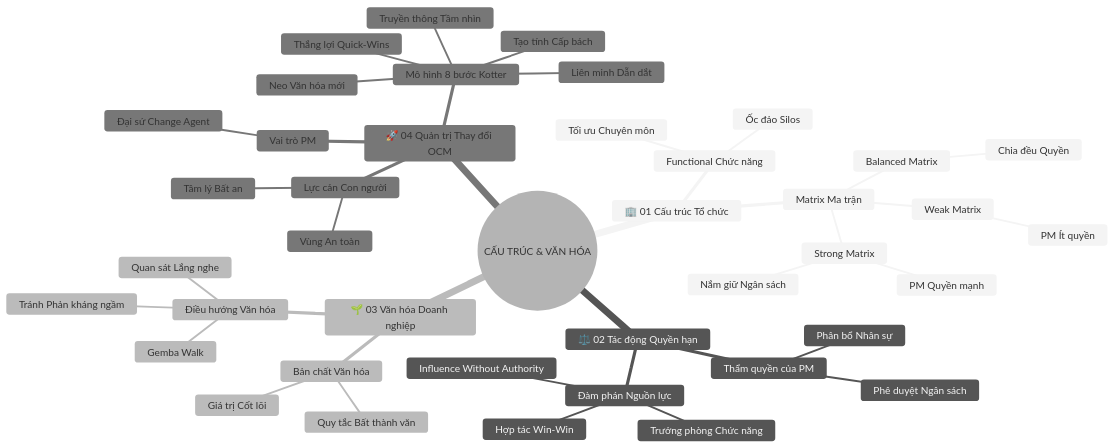
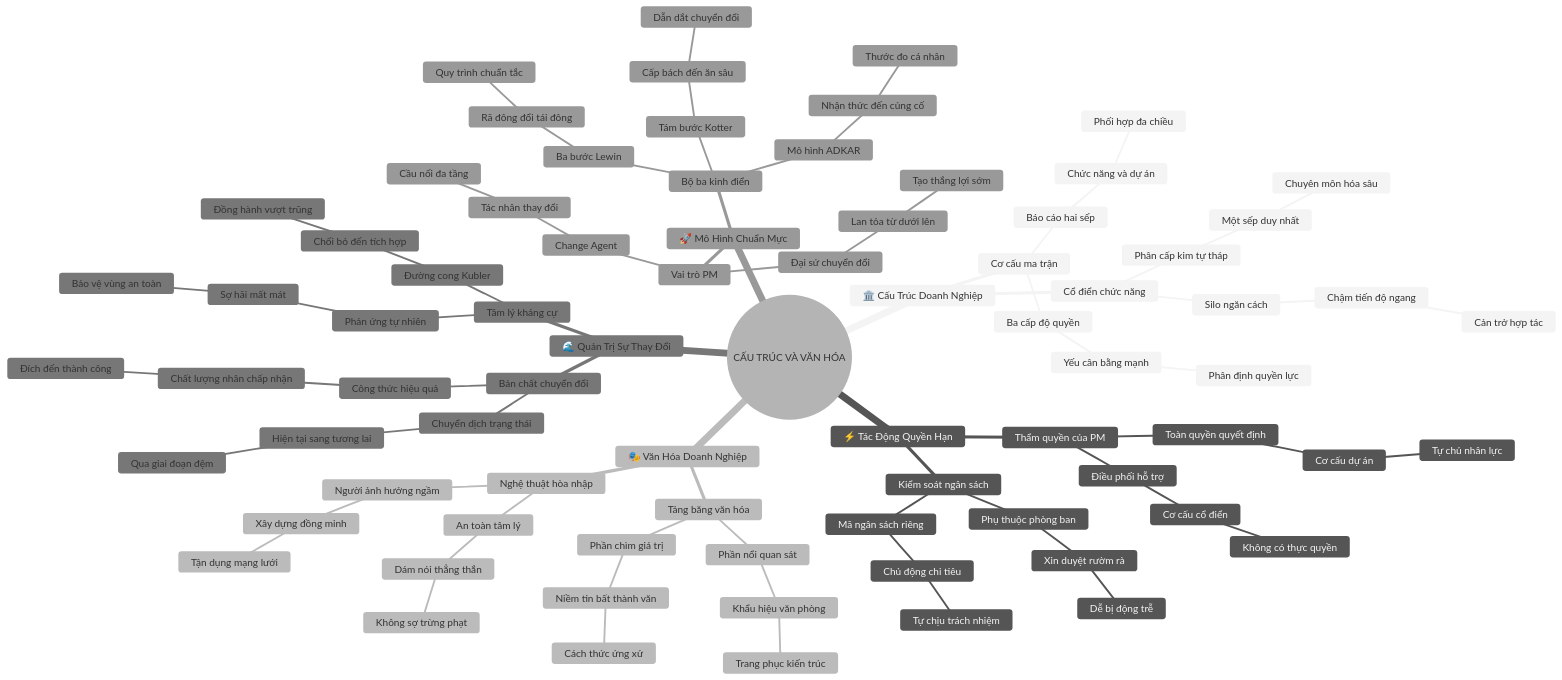
Before and after one commit to tibe2109/audio-book-refactor: the diagram in Kich-ban-clipchamp/Google-Project-Management-Coursera/04-Organizational-Structure-and-Culture/mindmap.md, drawn with Mermaid (neutral theme). The commit also changed other lines of this file and 680 other files, not shown here.

````diff
--- a/Kich-ban-clipchamp/Google-Project-Management-Coursera/04-Organizational-Structure-and-Culture/mindmap.md
+++ b/Kich-ban-clipchamp/Google-Project-Management-Coursera/04-Organizational-Structure-and-Culture/mindmap.md
@@ -5,44 +5,82 @@
 ```mermaid
 mindmap
-  root((CẤU TRÚC & VĂN HÓA))
-    🏢 01 Cấu trúc Tổ chức
-      Functional Chức năng
-        Tối ưu Chuyên môn
-        Ốc đảo Silos
-      Matrix Ma trận
-        Weak Matrix
-          PM Ít quyền
-        Balanced Matrix
-          Chia đều Quyền
-        Strong Matrix
-          PM Quyền mạnh
-          Nắm giữ Ngân sách
-    ⚖️ 02 Tác động Quyền hạn
+  root((CẤU TRÚC VÀ VĂN HÓA))
+    🏛️ Cấu Trúc Doanh Nghiệp
+      Cổ điển chức năng
+        Phân cấp kim tự tháp
+          Một sếp duy nhất
+            Chuyên môn hóa sâu
+        Silo ngăn cách
+          Chậm tiến độ ngang
+            Cản trở hợp tác
+      Cơ cấu ma trận
+        Báo cáo hai sếp
+          Chức năng và dự án
+            Phối hợp đa chiều
+        Ba cấp độ quyền
+          Yếu cân bằng mạnh
+            Phân định quyền lực
+    ⚡ Tác Động Quyền Hạn
       Thẩm quyền của PM
-        Phê duyệt Ngân sách
-        Phân bổ Nhân sự
-      Đàm phán Nguồn lực
-        Influence Without Authority
-        Hợp tác Win-Win
-        Trưởng phòng Chức năng
-    🌱 03 Văn hóa Doanh nghiệp
-      Bản chất Văn hóa
-        Giá trị Cốt lõi
-        Quy tắc Bất thành văn
-      Điều hướng Văn hóa
-        Quan sát Lắng nghe
-        Gemba Walk
-        Tránh Phản kháng ngầm
-    🚀 04 Quản trị Thay đổi OCM
-      Lực cản Con người
-        Tâm lý Bất an
-        Vùng An toàn
-      Mô hình 8 bước Kotter
-        Tạo tính Cấp bách
-        Liên minh Dẫn dắt
-        Truyền thông Tầm nhìn
-        Thắng lợi Quick-Wins
-        Neo Văn hóa mới
+        Điều phối hỗ trợ
+          Cơ cấu cổ điển
+            Không có thực quyền
+        Toàn quyền quyết định
+          Cơ cấu dự án
+            Tự chủ nhân lực
+      Kiểm soát ngân sách
+        Phụ thuộc phòng ban
+          Xin duyệt rườm rà
+            Dễ bị động trễ
+        Mã ngân sách riêng
+          Chủ động chi tiêu
+            Tự chịu trách nhiệm
+    🎭 Văn Hóa Doanh Nghiệp
+      Tảng băng văn hóa
+        Phần nổi quan sát
+          Khẩu hiệu văn phòng
+            Trang phục kiến trúc
+        Phần chìm giá trị
+          Niềm tin bất thành văn
+            Cách thức ứng xử
+      Nghệ thuật hòa nhập
+        An toàn tâm lý
+          Dám nói thẳng thắn
+            Không sợ trừng phạt
+        Người ảnh hưởng ngầm
+          Xây dựng đồng minh
+            Tận dụng mạng lưới
+    🌊 Quản Trị Sự Thay Đổi
+      Bản chất chuyển đổi
+        Chuyển dịch trạng thái
+          Hiện tại sang tương lai
+            Qua giai đoạn đệm
+        Công thức hiệu quả
+          Chất lượng nhân chấp nhận
+            Đích đến thành công
+      Tâm lý kháng cự
+        Phản ứng tự nhiên
+          Sợ hãi mất mát
+            Bảo vệ vùng an toàn
+        Đường cong Kubler
+          Chối bỏ đến tích hợp
+            Đồng hành vượt trũng
+    🚀 Mô Hình Chuẩn Mực
+      Bộ ba kinh điển
+        Ba bước Lewin
+          Rã đông đổi tái đông
+            Quy trình chuẩn tắc
+        Tám bước Kotter
+          Cấp bách đến ăn sâu
+            Dẫn dắt chuyển đổi
+        Mô hình ADKAR
+          Nhận thức đến củng cố
+            Thước đo cá nhân
       Vai trò PM
-        Đại sứ Change Agent
+        Change Agent
+          Tác nhân thay đổi
+            Cầu nối đa tầng
+        Đại sứ chuyển đổi
+          Lan tỏa từ dưới lên
+            Tạo thắng lợi sớm
 ```
````
